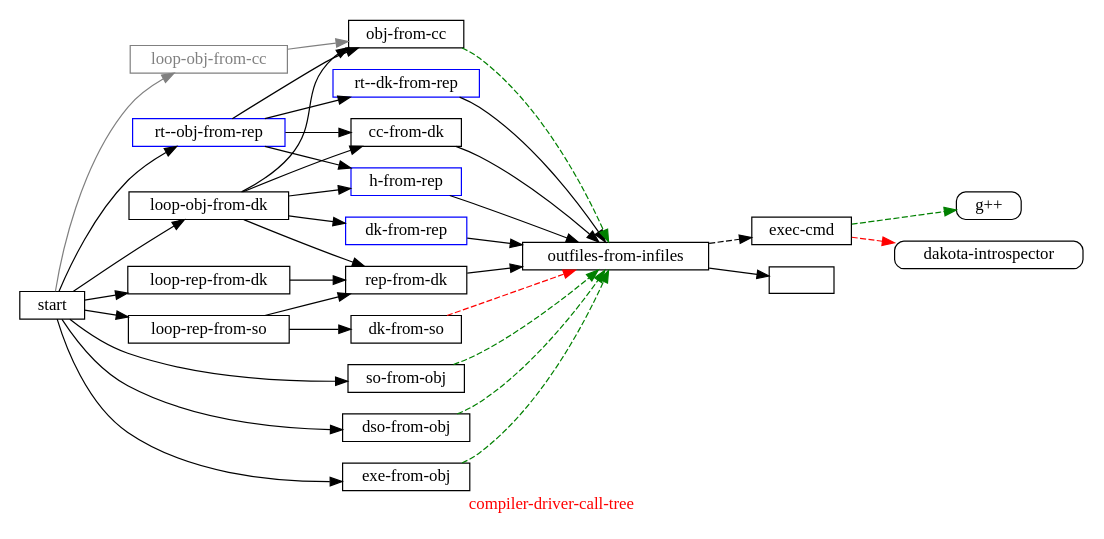
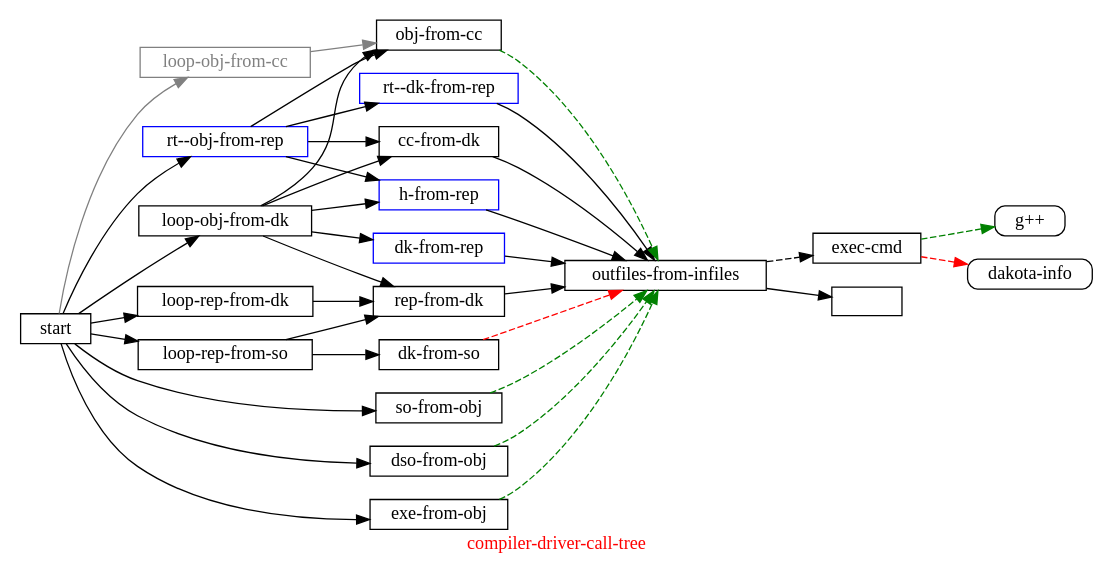
The diagram in doc/compiler-driver-call-tree.dot (Ayyzee/dakota), drawn with Graphviz before and after one commit. The commit also changed 14 other files, not shown here.

Commit message:
Globally replaced dakota-introspector with dakota-info.

```diff
--- a/doc/compiler-driver-call-tree.dot
+++ b/doc/compiler-driver-call-tree.dot
@@ -1,80 +1,80 @@
 // Copyright (C) 2007, 2008, 2009 Robert Nielsen <robert@dakota.org>
 //
 // Licensed under the Apache License, Version 2.0 (the "License");
 // you may not use this file except in compliance with the License.
 // You may obtain a copy of the License at
 //
 //      http://www.apache.org/licenses/LICENSE-2.0
 //
 // Unless required by applicable law or agreed to in writing, software
 // distributed under the License is distributed on an "AS IS" BASIS,
 // WITHOUT WARRANTIES OR CONDITIONS OF ANY KIND, either express or implied.
 // See the License for the specific language governing permissions and
 // limitations under the License.
 
 digraph "compiler-driver-call-tree"
 {
   graph [ label = "\G", fontcolor = red ];
   graph [ rankdir = LR ];
   graph [ center = true ];
   //graph [ rotate = 90 ];
   graph [ size = "7.5,10" ];
   //graph [ ratio = fill ];
   //graph [ ordering = out ];
   node [ shape = box ];
   node [ height = 0.3 ];
 
   "rt--obj-from-rep" [ color = blue ];
   "rt--dk-from-rep" [ color = blue ];
 
   "h-from-rep" [ color = blue ];
   "dk-from-rep" [ color = blue ];
 
   "rt--obj-from-rep" -> "rt--dk-from-rep";
   "rt--dk-from-rep" -> "outfiles-from-infiles";
   "h-from-rep" -> "outfiles-from-infiles";
 
   "rt--obj-from-rep" -> "cc-from-dk";
   "rt--obj-from-rep" -> "obj-from-cc";
   "rt--obj-from-rep" -> "h-from-rep";
   "obj-from-cc" -> "outfiles-from-infiles" [ color = green, style = dashed ];
 
   "loop-obj-from-dk" -> "cc-from-dk";
   "loop-obj-from-dk" -> "obj-from-cc";
   "loop-obj-from-dk" -> "rep-from-dk";
   "loop-obj-from-dk" -> "h-from-rep";
   "loop-obj-from-dk" -> "dk-from-rep";
   "dk-from-rep" -> "outfiles-from-infiles";
   "cc-from-dk" -> "outfiles-from-infiles";
   "dk-from-so" -> "outfiles-from-infiles" [ color = red, style = dashed ];
   "rep-from-dk" -> "outfiles-from-infiles";
   "outfiles-from-infiles" -> "exec-cmd" [ style = dashed ];
   "outfiles-from-infiles" -> "";
 
   "loop-rep-from-so" -> "dk-from-so";
   "loop-rep-from-so" -> "rep-from-dk";
   "loop-rep-from-dk" -> "rep-from-dk";// [ color = gray ];
   "start" -> "loop-rep-from-dk";// [ color = gray ];
   "start" -> "loop-obj-from-dk";
   "start" -> "rt--obj-from-rep";
   "start" -> "loop-rep-from-so";
 
   "start" -> "so-from-obj";
   "start" -> "dso-from-obj";
   "start" -> "exe-from-obj";
 
   "so-from-obj" -> "outfiles-from-infiles" [ color = green, style = dashed ];
   "dso-from-obj" -> "outfiles-from-infiles" [ color = green, style = dashed ];
   "exe-from-obj" -> "outfiles-from-infiles" [ color = green, style = dashed ];
 
   "start" -> "loop-obj-from-cc" [ color = gray ];
   "loop-obj-from-cc" -> "obj-from-cc" [ color = gray ];
   "loop-obj-from-cc" [ color = gray, fontcolor = gray ];
 
   "exec-cmd" -> "g++" [ color = green, style = dashed ];
-  "exec-cmd" -> "dakota-introspector" [ color = red, style = dashed ];
+  "exec-cmd" -> "dakota-info" [ color = red, style = dashed ];
   "g++" [ style = rounded ];
-  "dakota-introspector" [ style = rounded ];
+  "dakota-info" [ style = rounded ];
 
     subgraph { graph [ rank = same ]; "obj-from-cc"; "dso-from-obj"; "so-from-obj"; "exe-from-obj" };
 }
```
